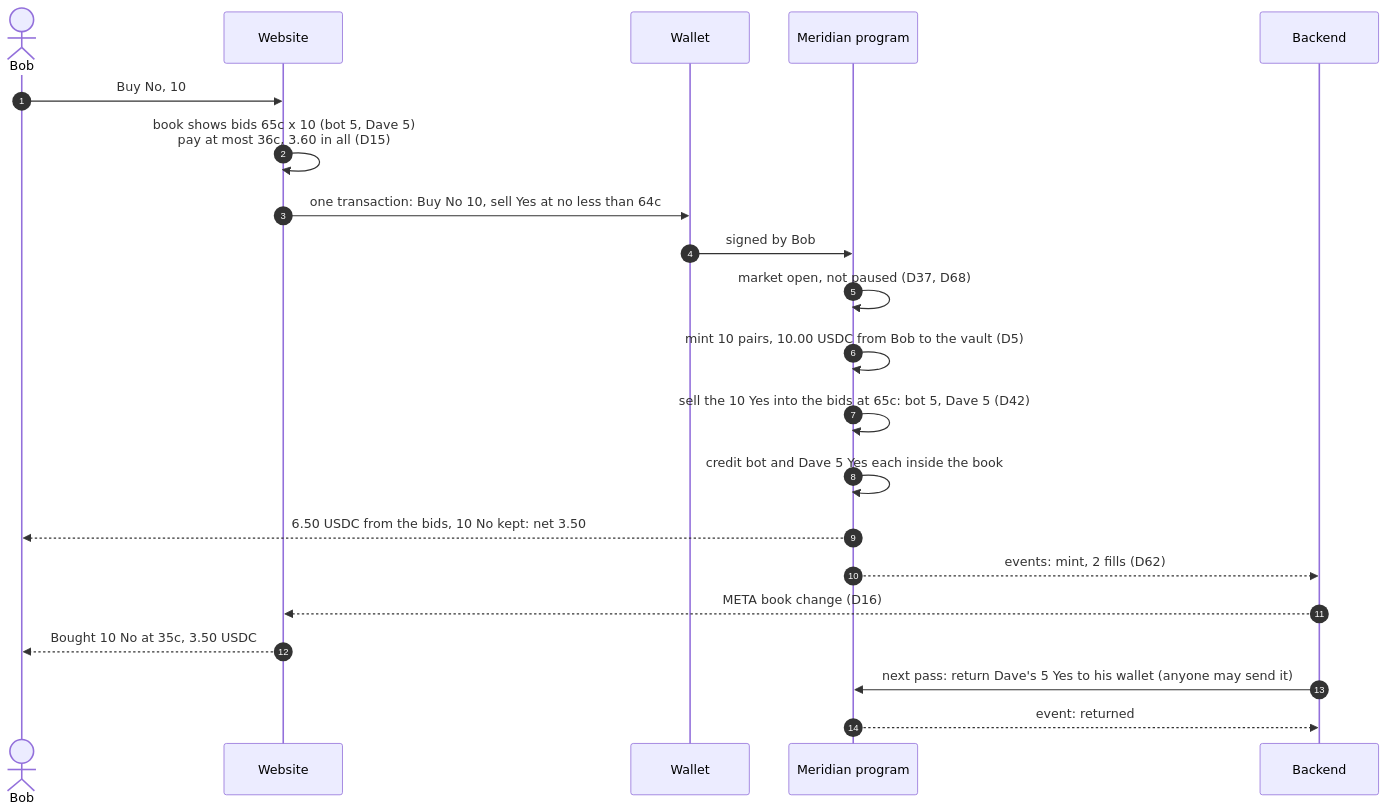
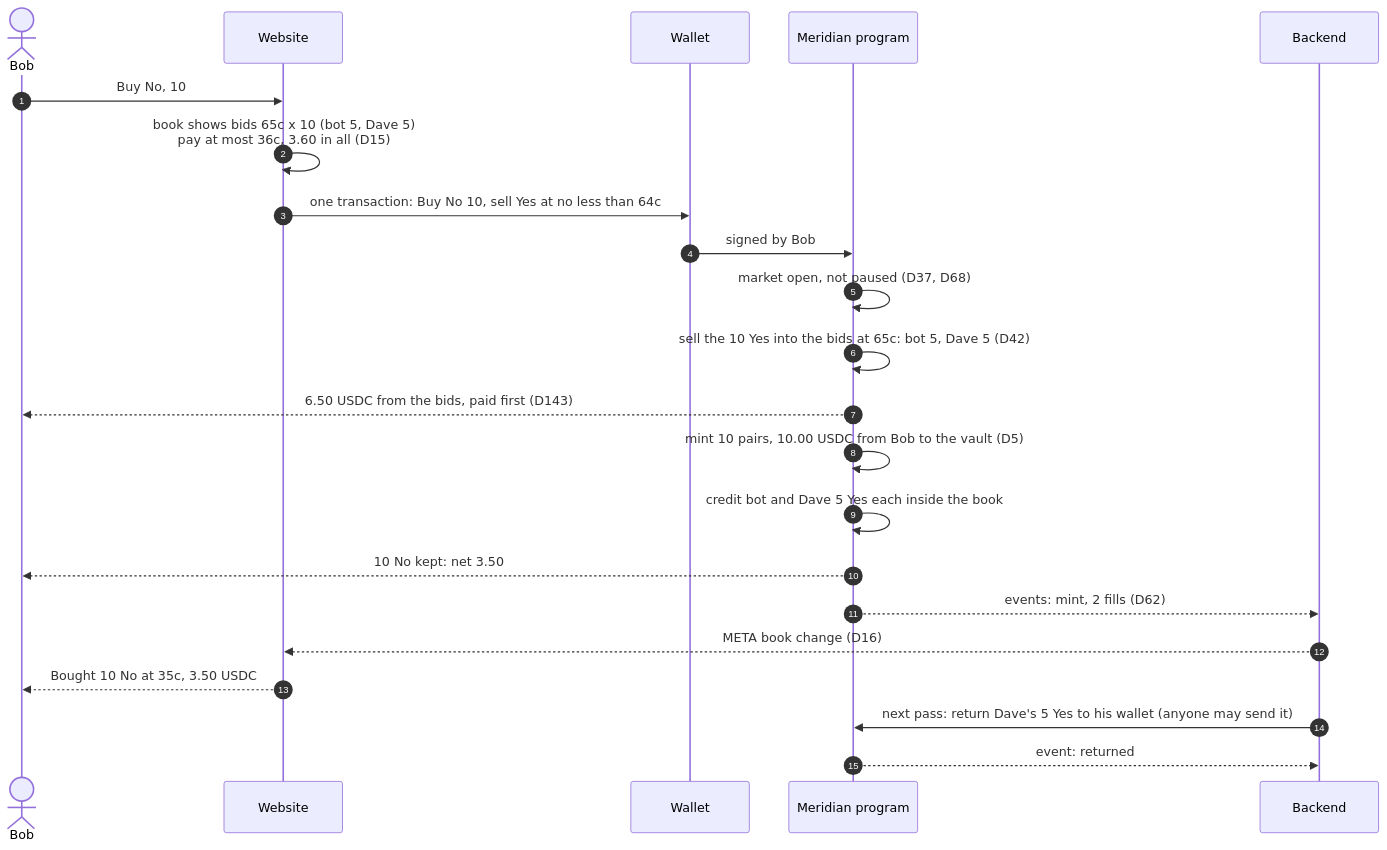
The third of 9 diagrams in docs/ARCHITECTURE.md (joshuatagoe/binary-stock-outcome), drawn with Mermaid before and after one commit. The commit also changed other lines of this file and 13 other files, not shown here.

````diff
--- a/docs/ARCHITECTURE.md
+++ b/docs/ARCHITECTURE.md
@@ -342,23 +342,24 @@
 ```mermaid
 sequenceDiagram
   autonumber
   actor Bob
   participant Site as Website
   participant Wallet
   participant Prog as Meridian program
   participant Back as Backend
   Bob->>Site: Buy No, 10
   Site->>Site: book shows bids 65c x 10 (bot 5, Dave 5)<br/>pay at most 36c, 3.60 in all (D15)
   Site->>Wallet: one transaction: Buy No 10, sell Yes at no less than 64c
   Wallet->>Prog: signed by Bob
   Prog->>Prog: market open, not paused (D37, D68)
+  Prog->>Prog: sell the 10 Yes into the bids at 65c: bot 5, Dave 5 (D42)
+  Prog-->>Bob: 6.50 USDC from the bids, paid first (D143)
   Prog->>Prog: mint 10 pairs, 10.00 USDC from Bob to the vault (D5)
-  Prog->>Prog: sell the 10 Yes into the bids at 65c: bot 5, Dave 5 (D42)
   Prog->>Prog: credit bot and Dave 5 Yes each inside the book
-  Prog-->>Bob: 6.50 USDC from the bids, 10 No kept: net 3.50
+  Prog-->>Bob: 10 No kept: net 3.50
   Prog-->>Back: events: mint, 2 fills (D62)
   Back-->>Site: META book change (D16)
   Site-->>Bob: Bought 10 No at 35c, 3.50 USDC
   Back->>Prog: next pass: return Dave's 5 Yes to his wallet (anyone may send it)
   Prog-->>Back: event: returned
 ```
````
